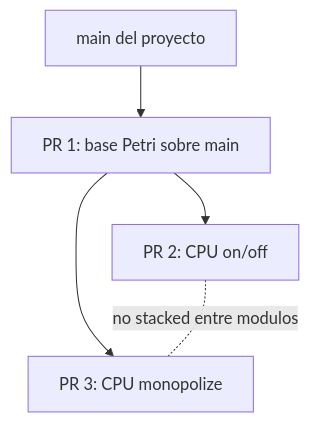
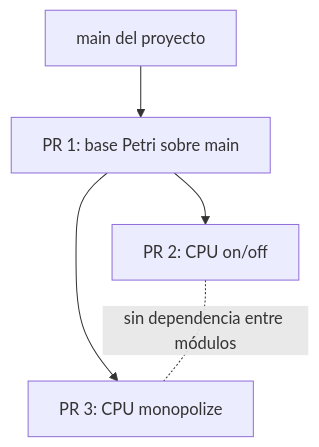
Before and after one commit to drudilea/free-bsd-scheduler: the diagram in project_files/migration_files/port-main/04-viabilidad-pr.md, drawn with Mermaid. The commit also changed other lines of this file and 7 other files, not shown here.

````diff
--- a/project_files/migration_files/port-main/04-viabilidad-pr.md
+++ b/project_files/migration_files/port-main/04-viabilidad-pr.md
@@ -217,8 +217,8 @@
 ```mermaid
 flowchart TD
     A["main del proyecto"] --> B["PR 1: base Petri sobre main"]
     B --> C["PR 2: CPU on/off"]
     B --> D["PR 3: CPU monopolize"]
 
-    C -. "no stacked entre modulos" .- D
+    C -. "sin dependencia entre módulos" .- D
 ```
````
